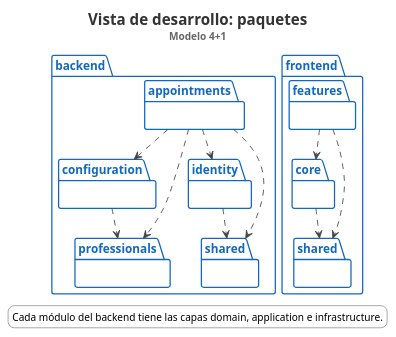
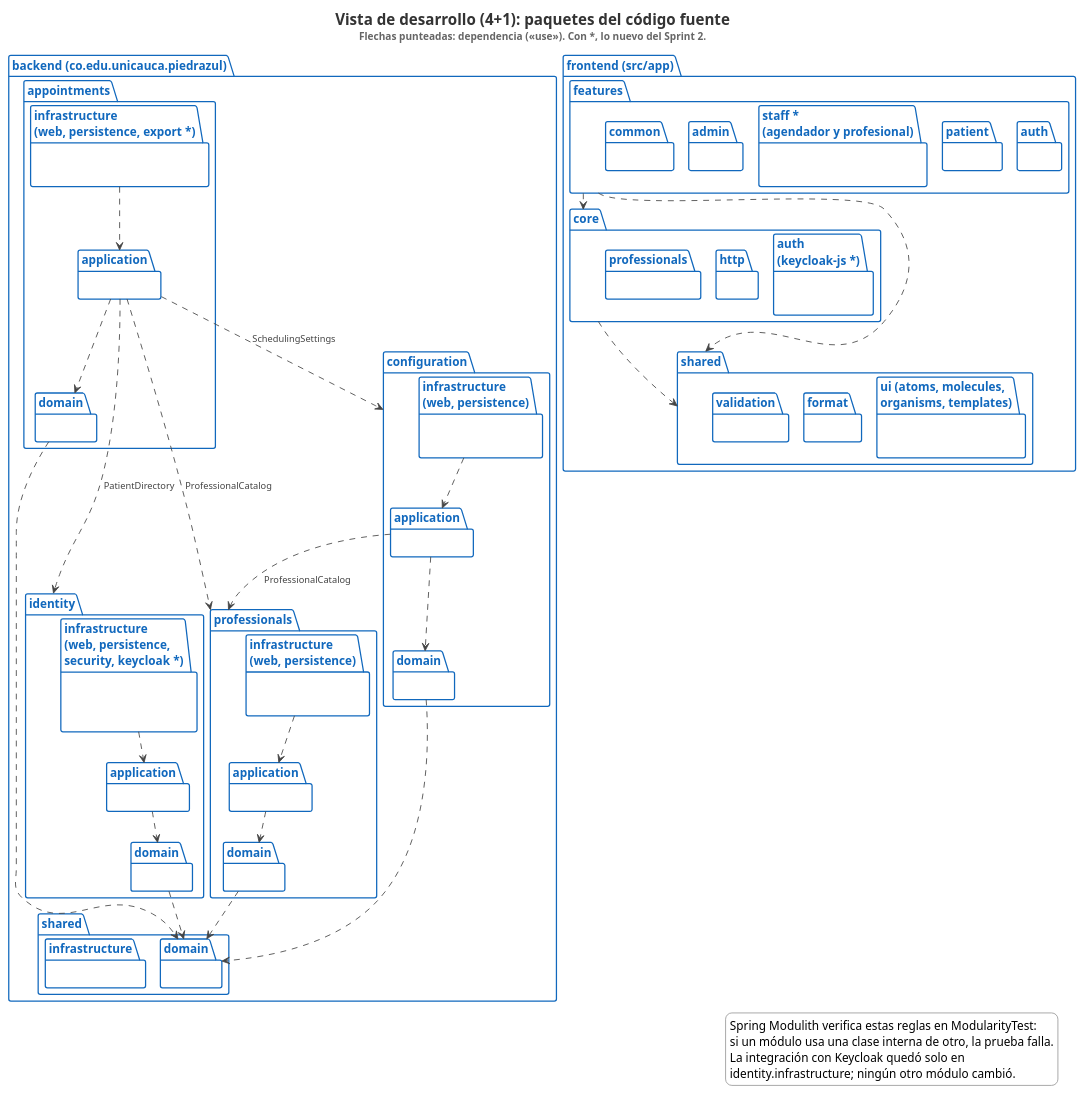
Before and after one commit to SantiagoS-UC/piedrazul: the diagram in docs/diagrams/uml/7-uml-desarrollo.puml, drawn with PlantUML.

Commit message:
Revise UML diagram for backend and frontend packages
Updated UML diagram to reflect changes in package structure and dependencies, including new elements from Sprint 2.

```diff
--- a/docs/diagrams/uml/7-uml-desarrollo.puml
+++ b/docs/diagrams/uml/7-uml-desarrollo.puml
@@ -1,56 +1,122 @@
 @startuml uml-3-desarrollo-paquetes
 !pragma layout smetana
+' Vista de desarrollo del modelo 4+1: cómo está organizado el código fuente
+' y qué paquetes dependen de cuáles. Con *, lo nuevo del Sprint 2.
 skinparam defaultFontName Arial
 skinparam shadowing false
-skinparam ArrowColor #444444
-skinparam ArrowFontColor #444444
-skinparam ArrowFontSize 11
-skinparam TitleFontSize 18
-skinparam TitleFontColor #333333
 skinparam packageStyle folder
 skinparam PackageBackgroundColor white
 skinparam PackageBorderColor #1168BD
 skinparam PackageFontColor #1168BD
 skinparam PackageBorderThickness 1.5
-set separator none
+skinparam ArrowColor #444444
+skinparam ArrowFontColor #444444
+skinparam ArrowFontSize 11
 skinparam LegendBackgroundColor white
 skinparam LegendBorderColor #999999
-skinparam LegendFontSize 12
-title Vista de desarrollo: paquetes\n<size:12><color:#666666>Modelo 4+1</color></size>
+skinparam TitleFontSize 18
+skinparam TitleFontColor #333333
+set separator none
+title Vista de desarrollo (4+1): paquetes del código fuente\n<size:12><color:#666666>Flechas punteadas: dependencia (<<use>>). Con *, lo nuevo del Sprint 2.</color></size>
 
-package "backend" as backend {
+package "backend (co.edu.unicauca.piedrazul)" as backend {
   package "appointments" as appointments {
+    package "infrastructure\n(web, persistence, export *)" as apInfra {
+    }
+    package "application" as apApp {
+    }
+    package "domain" as apDom {
+    }
   }
   package "configuration" as configuration {
+    package "infrastructure\n(web, persistence)" as cfInfra {
+    }
+    package "application" as cfApp {
+    }
+    package "domain" as cfDom {
+    }
   }
   package "professionals" as professionals {
+    package "infrastructure\n(web, persistence)" as prInfra {
+    }
+    package "application" as prApp {
+    }
+    package "domain" as prDom {
+    }
   }
   package "identity" as identity {
+    package "infrastructure\n(web, persistence,\nsecurity, keycloak *)" as idInfra {
+    }
+    package "application" as idApp {
+    }
+    package "domain" as idDom {
+    }
   }
   package "shared" as shared {
+    package "domain" as shDom {
+    }
+    package "infrastructure" as shInfra {
+    }
   }
 }
 
-package "frontend" as frontend {
+apInfra ..> apApp
+apApp ..> apDom
+cfInfra ..> cfApp
+cfApp ..> cfDom
+prInfra ..> prApp
+prApp ..> prDom
+idInfra ..> idApp
+idApp ..> idDom
+
+apApp ..> identity : PatientDirectory
+apApp ..> professionals : ProfessionalCatalog
+apApp ..> configuration : SchedulingSettings
+cfApp ..> professionals : ProfessionalCatalog
+apDom ..> shDom
+cfDom ..> shDom
+prDom ..> shDom
+idDom ..> shDom
+
+package "frontend (src/app)" as frontend {
   package "features" as features {
+    package "auth" as fAuth {
+    }
+    package "patient" as fPatient {
+    }
+    package "staff *\n(agendador y profesional)" as fStaff {
+    }
+    package "admin" as fAdmin {
+    }
+    package "common" as fCommon {
+    }
   }
   package "core" as core {
+    package "auth\n(keycloak-js *)" as cAuth {
+    }
+    package "http" as cHttp {
+    }
+    package "professionals" as cProfessionals {
+    }
   }
-  package "shared" as fshared {
+  package "shared" as fShared {
+    package "ui (atoms, molecules,\norganisms, templates)" as sUi {
+    }
+    package "format" as sFormat {
+    }
+    package "validation" as sValidation {
+    }
   }
 }
 
-appointments ..> identity
-appointments ..> professionals
-appointments ..> configuration
-configuration ..> professionals
-appointments ..> shared
-identity ..> shared
 features ..> core
-features ..> fshared
-core ..> fshared
+features ..> fShared
+core ..> fShared
 
-legend bottom
-  Cada módulo del backend tiene las capas domain, application e infrastructure.
+legend right
+  Spring Modulith verifica estas reglas en ModularityTest:
+  si un módulo usa una clase interna de otro, la prueba falla.
+  La integración con Keycloak quedó solo en
+  identity.infrastructure; ningún otro módulo cambió.
 endlegend
 @enduml
```
